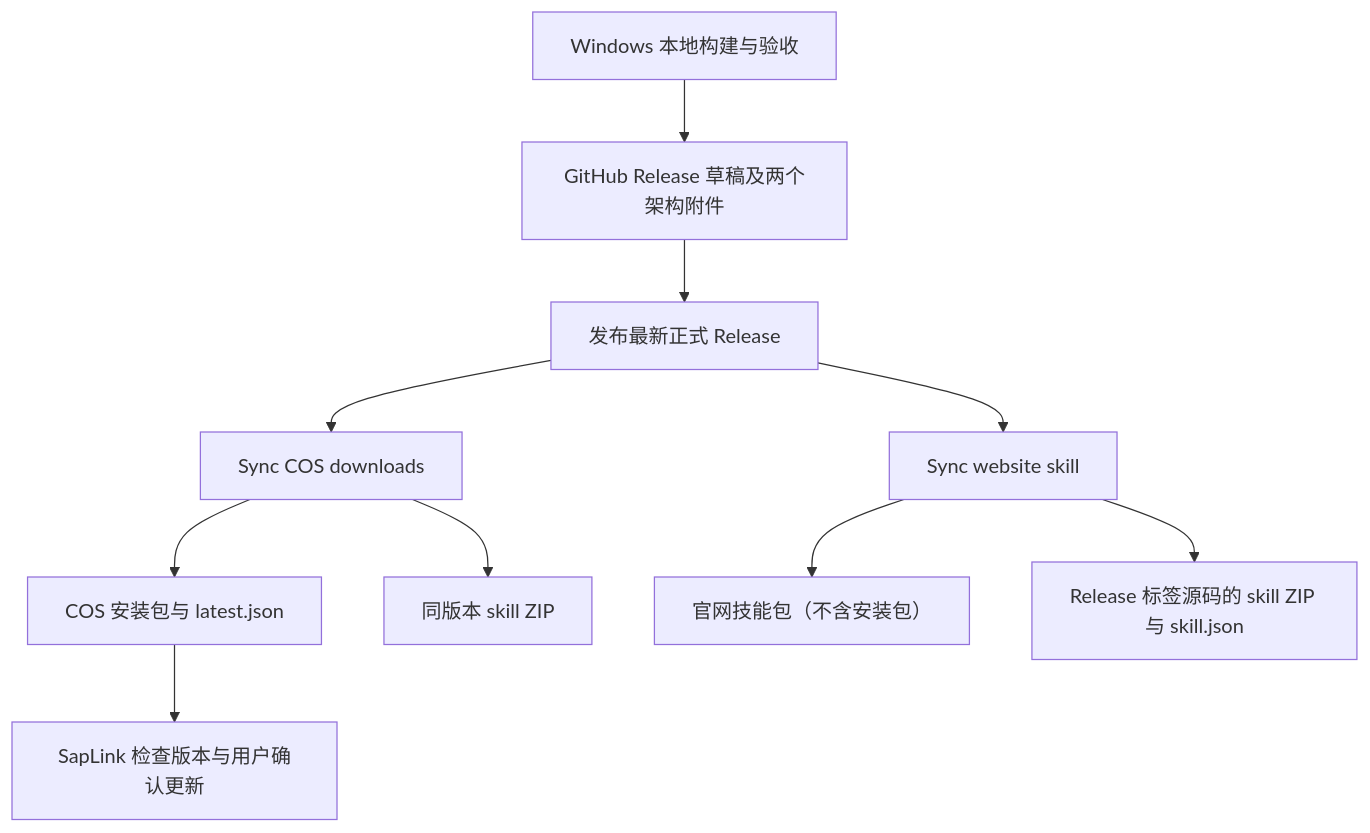
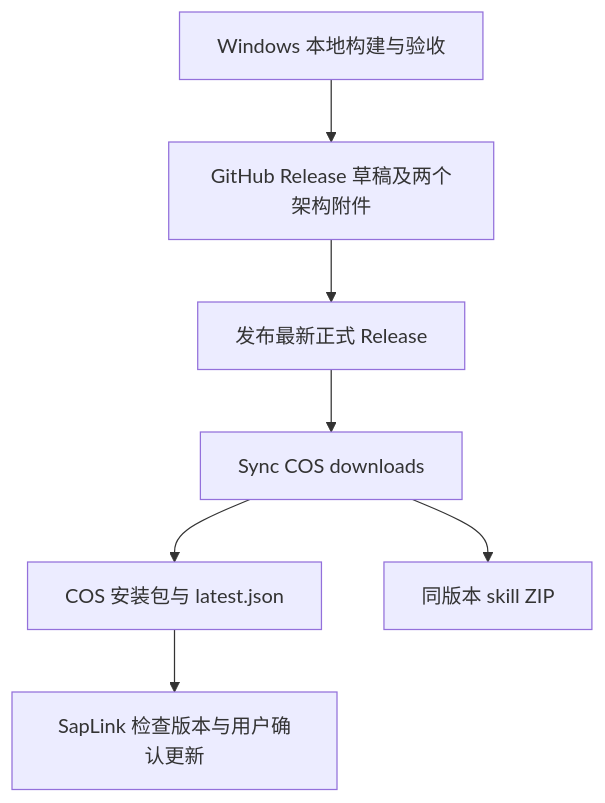
The diagram in docs/releases-and-actions.md (OneOFF-ive/saplink), drawn with Mermaid before and after one commit. The commit also changed other lines of this file and 15 other files, not shown here.

````diff
--- a/docs/releases-and-actions.md
+++ b/docs/releases-and-actions.md
@@ -7,12 +7,9 @@
 ```mermaid
 flowchart TD
     Build[Windows 本地构建与验收] --> Draft[GitHub Release 草稿及两个架构附件]
     Draft --> Release[发布最新正式 Release]
     Release --> COS[Sync COS downloads]
-    Release --> Website[Sync website skill]
     COS --> Manifest[COS 安装包与 latest.json]
     COS --> CosSkill[同版本 skill ZIP]
-    Website --> Downloads[官网技能包（不含安装包）]
-    Website --> Skill[Release 标签源码的 skill ZIP 与 skill.json]
     Manifest --> Client[SapLink 检查版本与用户确认更新]
 ```
````
